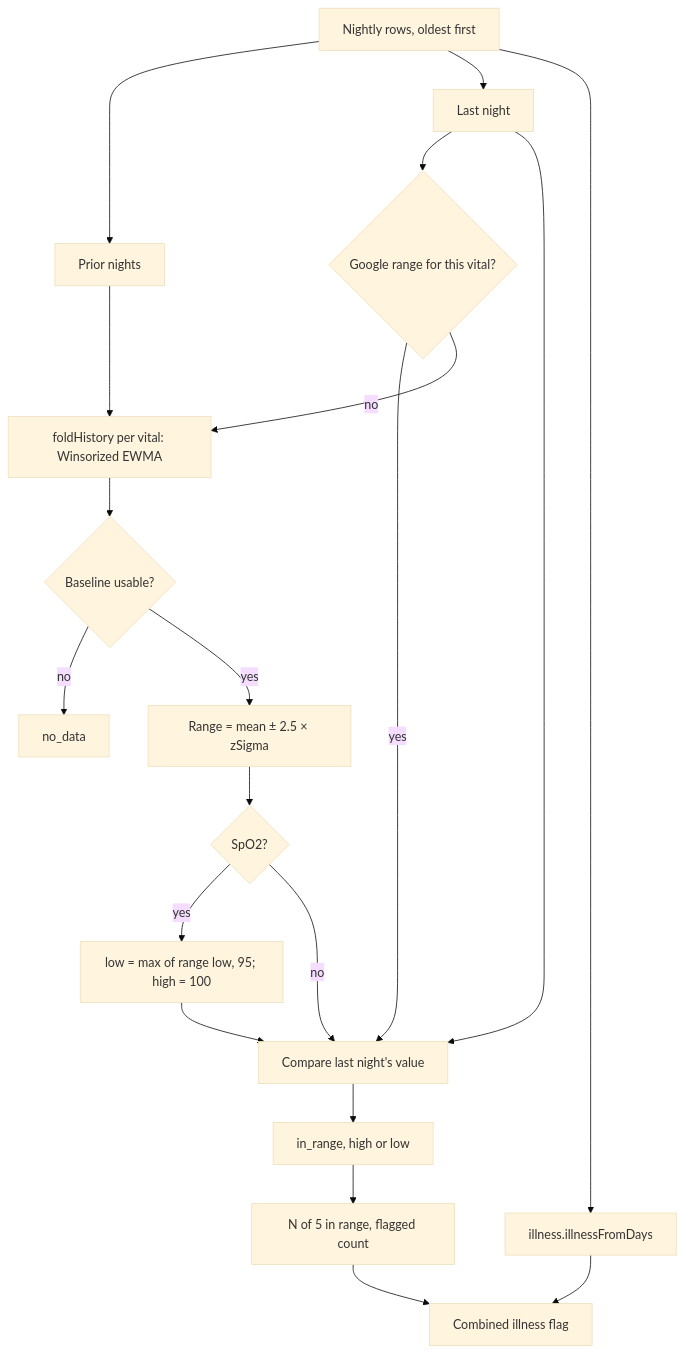
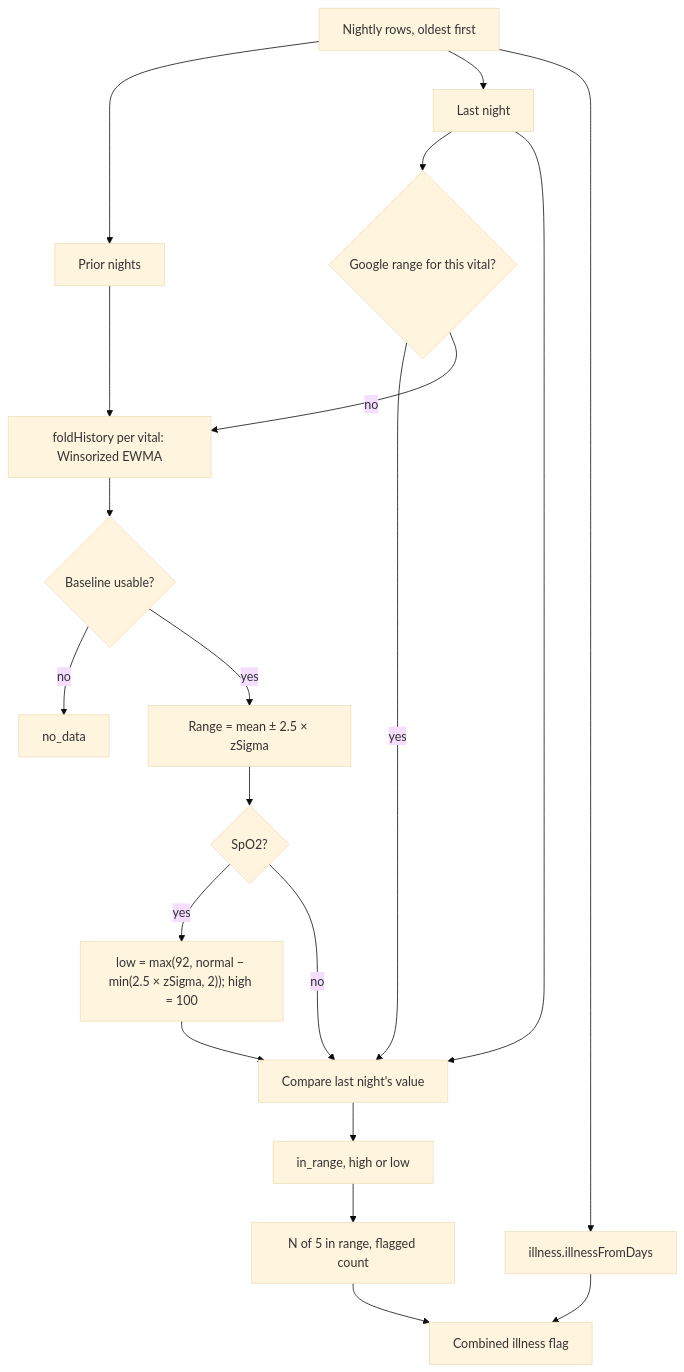
The diagram in docs/algorithms/health-monitor.md (RohitDhatrak/pulse), drawn with Mermaid (base theme) before and after one commit. The commit also changed other lines of this file and 9 other files, not shown here.

````diff
--- a/docs/algorithms/health-monitor.md
+++ b/docs/algorithms/health-monitor.md
@@ -9,22 +9,22 @@
 ```mermaid
 flowchart TB
   D[Nightly rows, oldest first] --> P[Prior nights]
   D --> T[Last night]
   T --> G{Google range for this vital?}
   G -->|yes| C
   G -->|no| F
   P --> F[foldHistory per vital: Winsorized EWMA]
   F --> U{Baseline usable?}
   U -->|no| ND[no_data]
   U -->|yes| R[Range = mean ± 2.5 × zSigma]
   R --> S{SpO2?}
-  S -->|yes| FL[low = max of range low, 95; high = 100]
+  S -->|yes| FL["low = max(92, normal − min(2.5 × zSigma, 2)); high = 100"]
   S -->|no| C
   FL --> C[Compare last night's value]
   T --> C
   C --> ST[in_range, high or low]
   ST --> N[N of 5 in range, flagged count]
   D --> IL[illness.illnessFromDays]
   IL --> OUT[Combined illness flag]
   N --> OUT
 ```
````
